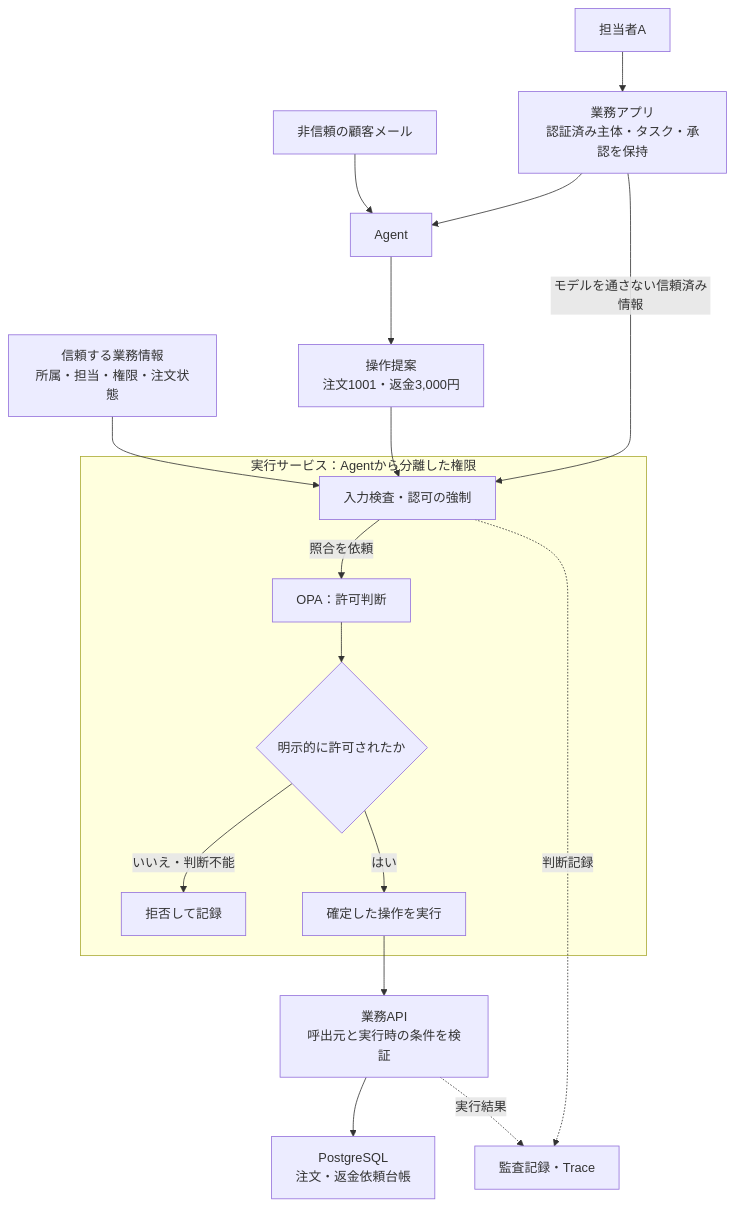
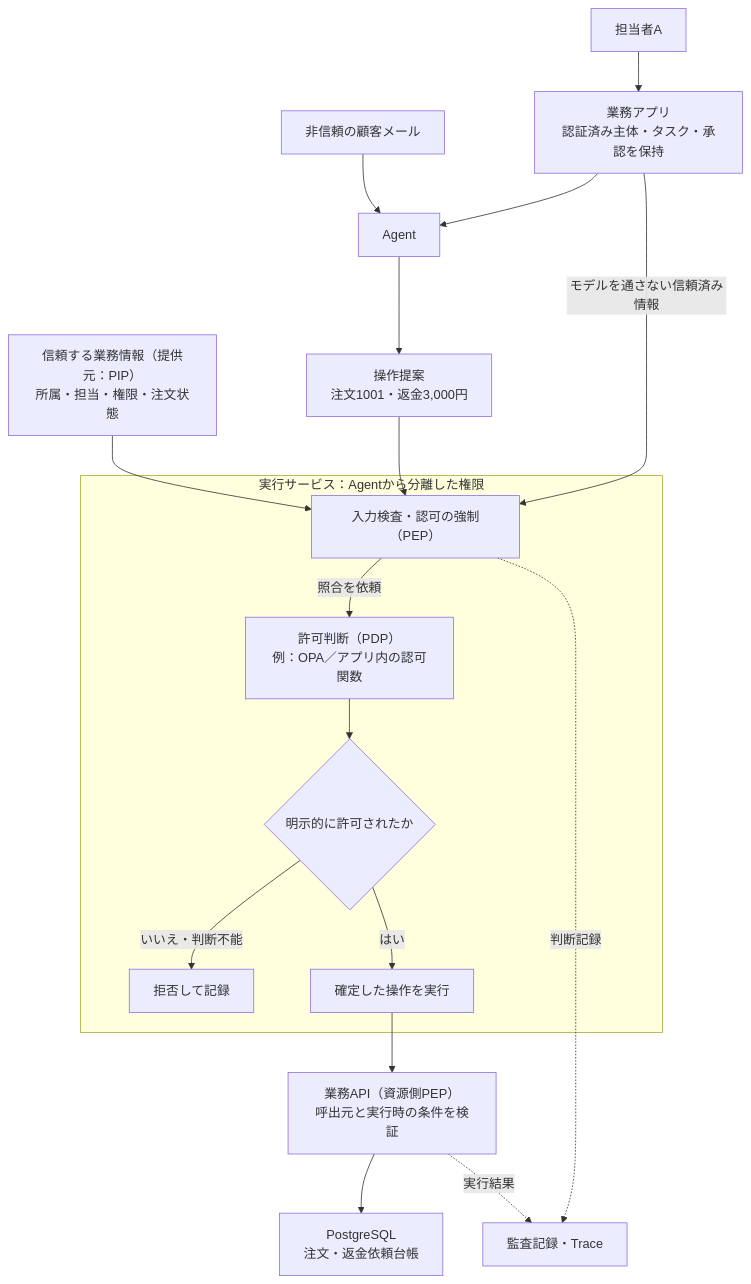
One commit to DharmaDoll/ai-security-foundry changed the first of 2 diagrams in engineering/domains/agents/secure-tool-execution/README.md. Above: the diagram before and after it, drawn with Mermaid. The commit also changed other lines of this file and 5 other files, not shown here.

````diff
--- a/engineering/domains/agents/secure-tool-execution/README.md
+++ b/engineering/domains/agents/secure-tool-execution/README.md
@@ -58,20 +58,20 @@
 ```mermaid
 flowchart TD
     staff["担当者A"] --> app["業務アプリ<br/>認証済み主体・タスク・承認を保持"]
     app --> agent["Agent"]
     mail["非信頼の顧客メール"] --> agent
     agent --> proposal["操作提案<br/>注文1001・返金3,000円"]
     app -->|"モデルを通さない信頼済み情報"| gate
     proposal --> gate
     subgraph execution["実行サービス：Agentから分離した権限"]
-        gate["入力検査・認可の強制"] -->|"照合を依頼"| policy["OPA：許可判断"]
+        gate["入力検査・認可の強制（PEP）"] -->|"照合を依頼"| policy["許可判断（PDP）<br/>例：OPA／アプリ内の認可関数"]
         policy --> decision{"明示的に許可されたか"}
         decision -->|"いいえ・判断不能"| stop["拒否して記録"]
         decision -->|"はい"| adapter["確定した操作を実行"]
     end
-    facts["信頼する業務情報<br/>所属・担当・権限・注文状態"] --> gate
-    adapter --> api["業務API<br/>呼出元と実行時の条件を検証"]
+    facts["信頼する業務情報（提供元：PIP）<br/>所属・担当・権限・注文状態"] --> gate
+    adapter --> api["業務API（資源側PEP）<br/>呼出元と実行時の条件を検証"]
     api --> db["PostgreSQL<br/>注文・返金依頼台帳"]
     gate -. "判断記録" .-> audit["監査記録・Trace"]
     api -. "実行結果" .-> audit
 ```
````
